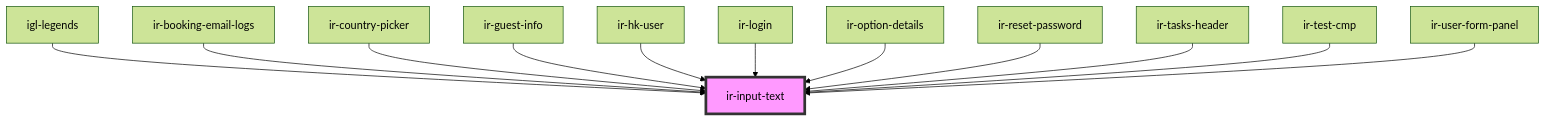
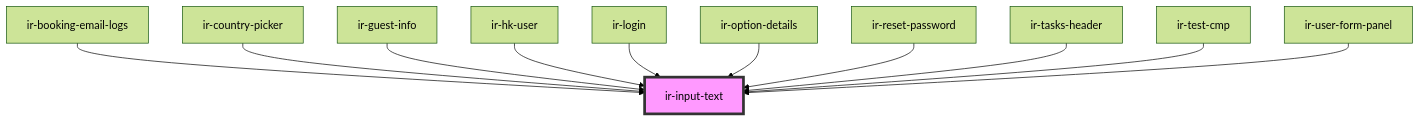
One commit to RonyRizk/ir-webcmp changed the diagram in src/components/ui/ir-input-text/readme.md. Above: the diagram before and after it, drawn with Mermaid (forest theme). The commit also changed other lines of this file and 235 other files, not shown here.

````diff
--- a/src/components/ui/ir-input-text/readme.md
+++ b/src/components/ui/ir-input-text/readme.md
@@ -119,15 +118,14 @@
 ```mermaid
 graph TD;
-  igl-legends --> ir-input-text
   ir-booking-email-logs --> ir-input-text
   ir-country-picker --> ir-input-text
   ir-guest-info --> ir-input-text
   ir-hk-user --> ir-input-text
   ir-login --> ir-input-text
   ir-option-details --> ir-input-text
   ir-reset-password --> ir-input-text
   ir-tasks-header --> ir-input-text
   ir-test-cmp --> ir-input-text
   ir-user-form-panel --> ir-input-text
   style ir-input-text fill:#f9f,stroke:#333,stroke-width:4px
 ```
````
